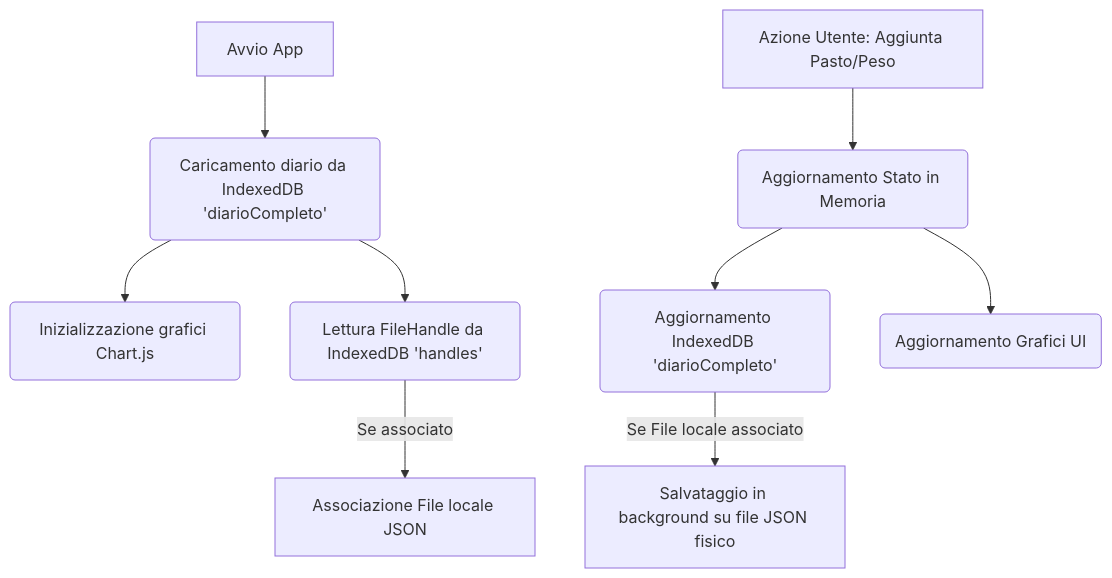
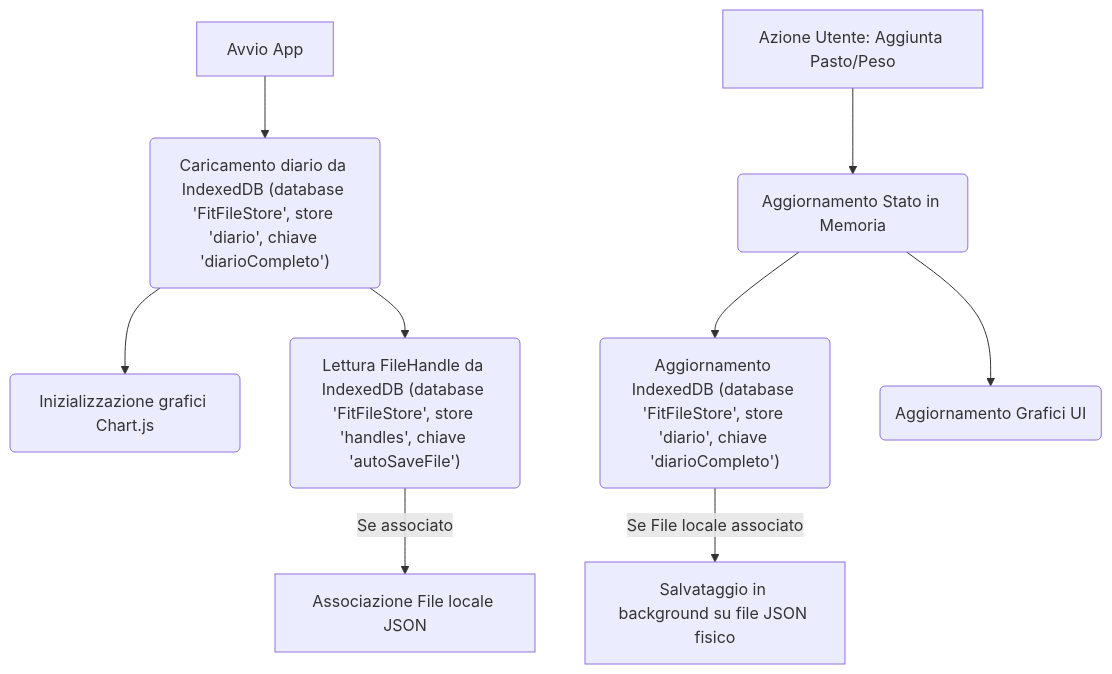
One commit to fabiof-ff/ai_fit changed the diagram in README.md. Above: the diagram before and after it, drawn with Mermaid. The commit also changed other lines of this file and 1 other file, not shown here.

````diff
--- a/README.md
+++ b/README.md
@@ -91,12 +91,12 @@
 ```mermaid
 graph TD
-    A[Avvio App] --> B(Caricamento diario da IndexedDB 'diarioCompleto')
+    A[Avvio App] --> B("Caricamento diario da IndexedDB (database 'FitFileStore', store 'diario', chiave 'diarioCompleto')")
     B --> C(Inizializzazione grafici Chart.js)
-    B --> D(Lettura FileHandle da IndexedDB 'handles')
+    B --> D("Lettura FileHandle da IndexedDB (database 'FitFileStore', store 'handles', chiave 'autoSaveFile')")
     D -->|Se associato| E[Associazione File locale JSON]
     
     F[Azione Utente: Aggiunta Pasto/Peso] --> G(Aggiornamento Stato in Memoria)
-    G --> H(Aggiornamento IndexedDB 'diarioCompleto')
+    G --> H("Aggiornamento IndexedDB (database 'FitFileStore', store 'diario', chiave 'diarioCompleto')")
     G --> I(Aggiornamento Grafici UI)
     H -->|Se File locale associato| J[Salvataggio in background su file JSON fisico]
 ```
````
